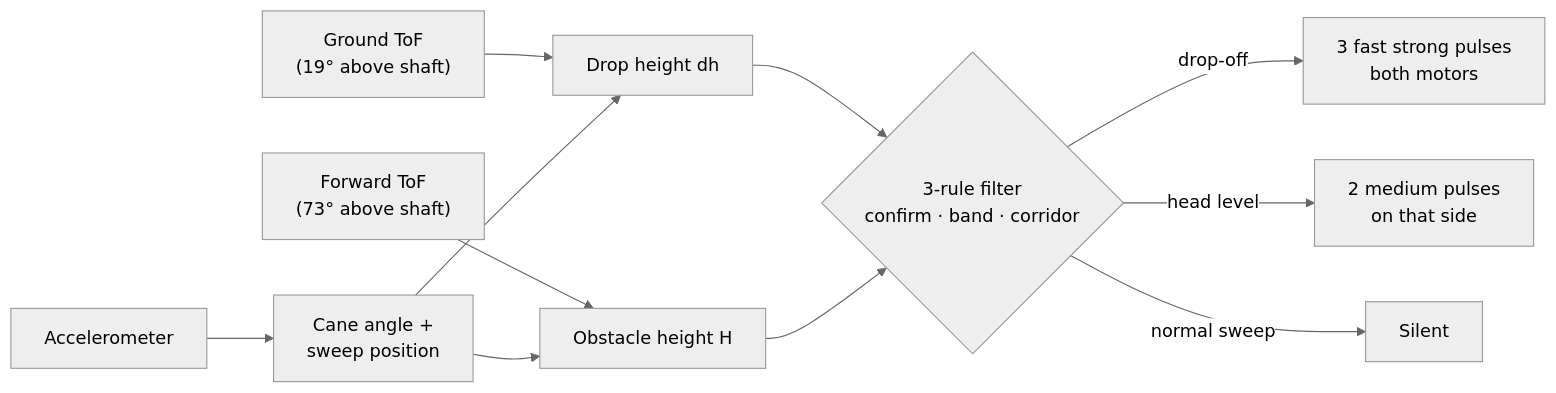
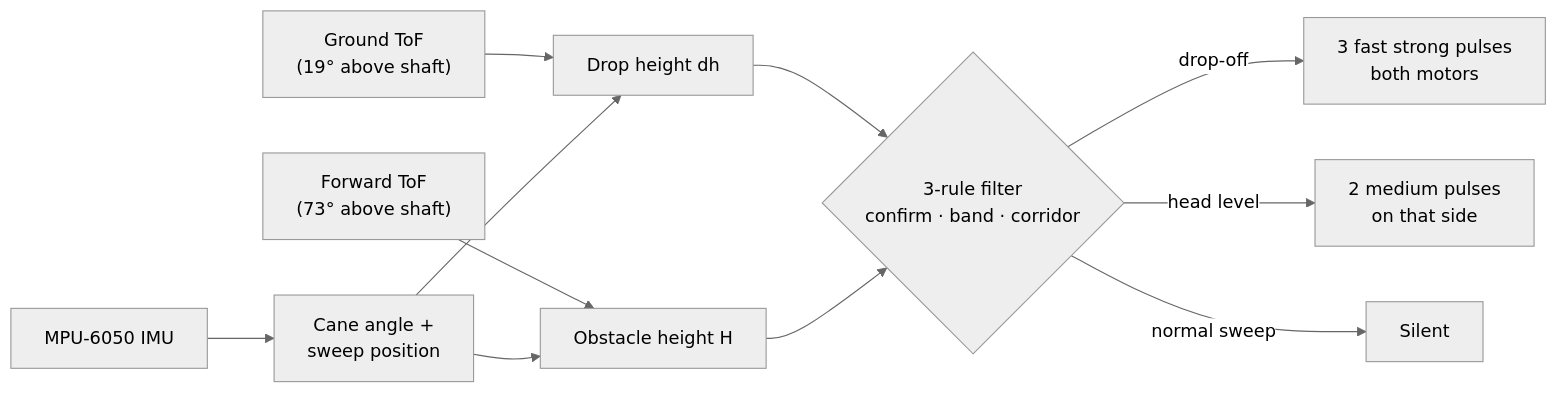
Before and after one commit to ktviy/SafeRoute_Smart_Cane: the diagram in README.md, drawn with Mermaid (neutral theme). The commit also changed other lines of this file and 19 other files, not shown here.

First line of the commit message:
hardware: publish full KiCad design schematic

````diff
--- a/README.md
+++ b/README.md
@@ -86,13 +86,13 @@
 ```mermaid
 flowchart LR
     A["Ground ToF<br/>(19° above shaft)"] --> D["Drop height dh"]
     B["Forward ToF<br/>(73° above shaft)"] --> E["Obstacle height H"]
-    C["Accelerometer"] --> F["Cane angle +<br/>sweep position"]
+    C["MPU-6050 IMU"] --> F["Cane angle +<br/>sweep position"]
     F --> D
     F --> E
     D --> G{"3-rule filter<br/>confirm · band · corridor"}
     E --> G
     G -->|"drop-off"| H["3 fast strong pulses<br/>both motors"]
     G -->|"head level"| I["2 medium pulses<br/>on that side"]
     G -->|"normal sweep"| J["Silent"]
 ```
````
